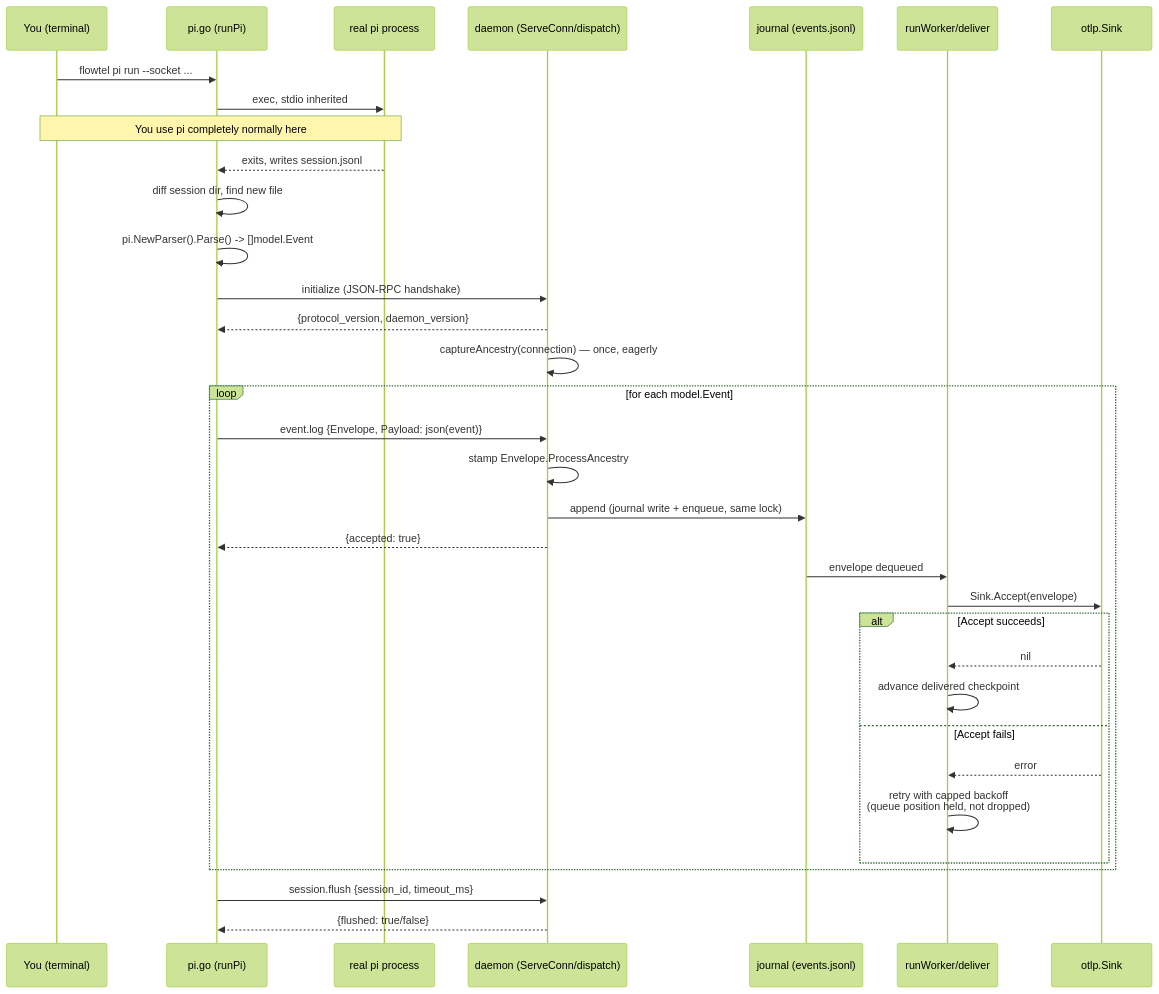
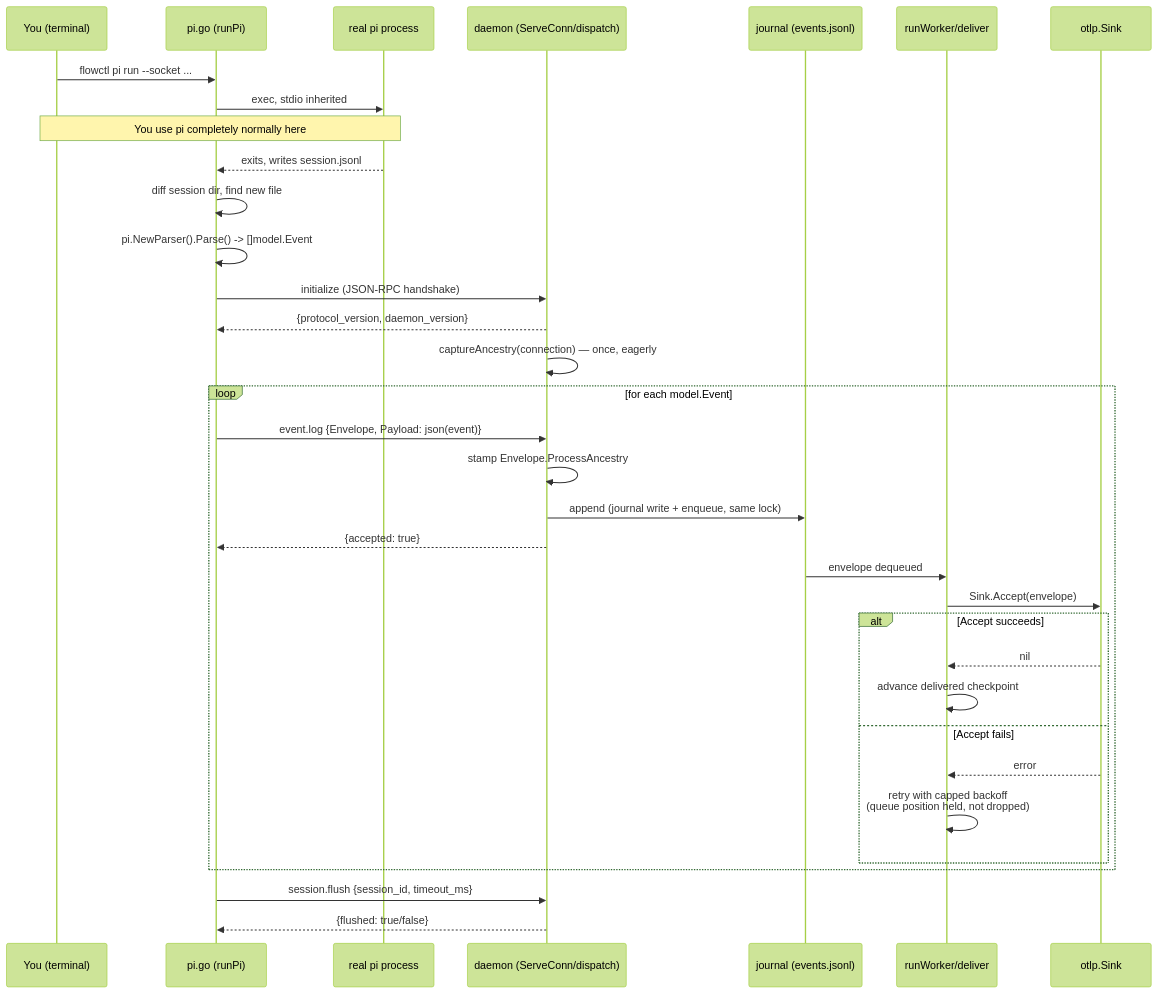
The second of 2 diagrams in ONBOARDING.md (atharvamhaske/flowtel), drawn with Mermaid (forest theme) before and after one commit. The commit also changed other lines of this file and 2 other files, not shown here.

Commit message:
chore: rename cli binary from flowtel to flowctl

````diff
--- a/ONBOARDING.md
+++ b/ONBOARDING.md
@@ -119,37 +119,37 @@
 ```mermaid
 sequenceDiagram
     participant U as You (terminal)
     participant Cmd as pi.go (runPi)
     participant Pi as real pi process
     participant D as daemon (ServeConn/dispatch)
     participant J as journal (events.jsonl)
     participant W as runWorker/deliver
     participant S as otlp.Sink
 
-    U->>Cmd: flowtel pi run --socket ...
+    U->>Cmd: flowctl pi run --socket ...
     Cmd->>Pi: exec, stdio inherited
     Note over U,Pi: You use pi completely normally here
     Pi-->>Cmd: exits, writes session.jsonl
     Cmd->>Cmd: diff session dir, find new file
     Cmd->>Cmd: pi.NewParser().Parse() -> []model.Event
     Cmd->>D: initialize (JSON-RPC handshake)
     D-->>Cmd: {protocol_version, daemon_version}
     D->>D: captureAncestry(connection) — once, eagerly
     loop for each model.Event
         Cmd->>D: event.log {Envelope, Payload: json(event)}
         D->>D: stamp Envelope.ProcessAncestry
         D->>J: append (journal write + enqueue, same lock)
         D-->>Cmd: {accepted: true}
         J->>W: envelope dequeued
         W->>S: Sink.Accept(envelope)
         alt Accept succeeds
             S-->>W: nil
             W->>W: advance delivered checkpoint
         else Accept fails
             S-->>W: error
             W->>W: retry with capped backoff<br/>(queue position held, not dropped)
         end
     end
     Cmd->>D: session.flush {session_id, timeout_ms}
     D-->>Cmd: {flushed: true/false}
 ```
````
